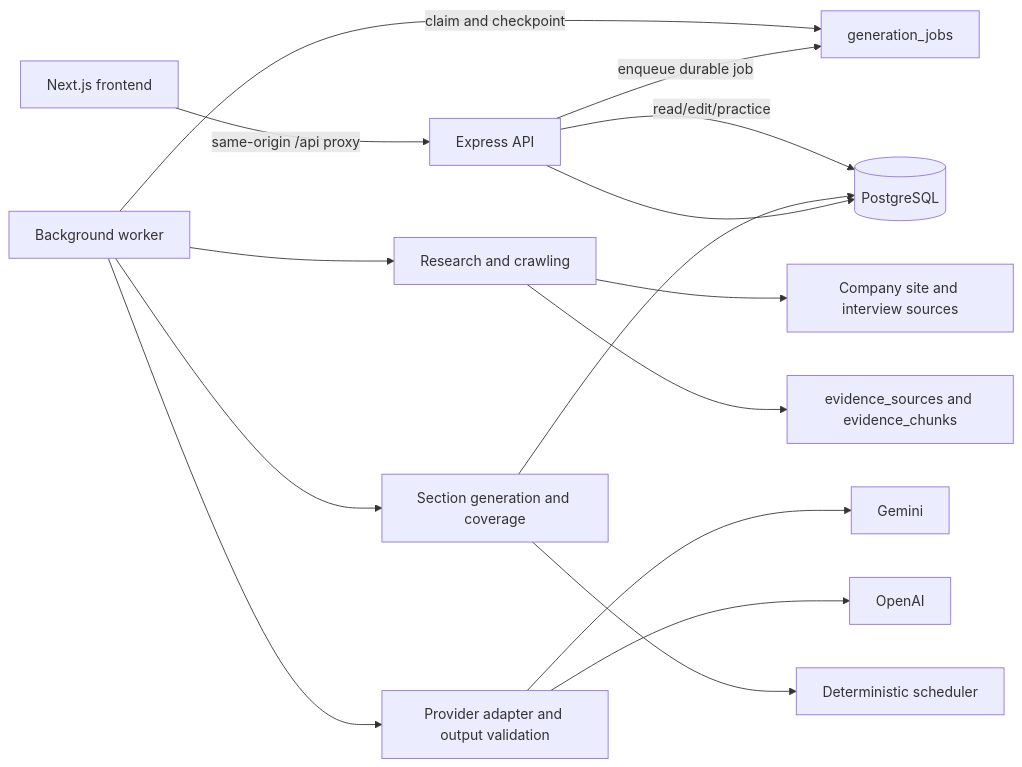
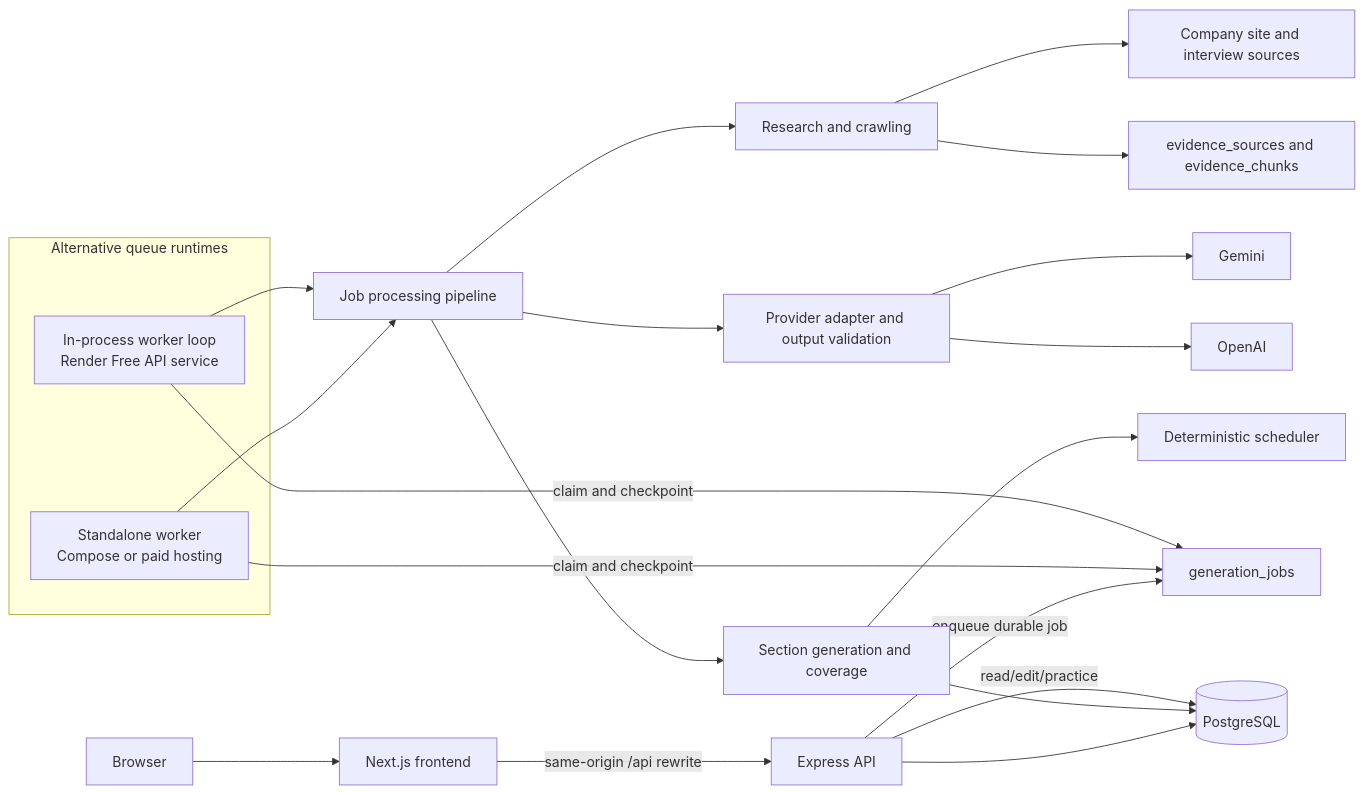
One commit to ck02029/PrepKit changed the diagram in backend/README.md. Above: the diagram before and after it, drawn with Mermaid. The commit also changed other lines of this file and 7 other files, not shown here.

````diff
--- a/backend/README.md
+++ b/backend/README.md
@@ -30,17 +30,25 @@
 ```mermaid
 flowchart LR
-  Browser[Next.js frontend] -->|same-origin /api proxy| API[Express API]
+  Browser[Browser] --> Frontend[Next.js frontend]
+  Frontend -->|same-origin /api rewrite| API[Express API]
   API --> DB[(PostgreSQL)]
   API -->|enqueue durable job| Jobs[generation_jobs]
-  Worker[Background worker] -->|claim and checkpoint| Jobs
-  Worker --> Research[Research and crawling]
+  subgraph Runtime[Alternative queue runtimes]
+    Worker[Standalone worker<br/>Compose or paid hosting]
+    CoHosted[In-process worker loop<br/>Render Free API service]
+  end
+  Worker -->|claim and checkpoint| Jobs
+  CoHosted -->|claim and checkpoint| Jobs
+  Worker --> Runner[Job processing pipeline]
+  CoHosted --> Runner
+  Runner --> Research[Research and crawling]
   Research --> Web[Company site and interview sources]
   Research --> Evidence[evidence_sources and evidence_chunks]
-  Worker --> LLM[Provider adapter and output validation]
+  Runner --> LLM[Provider adapter and output validation]
   LLM --> Gemini[Gemini]
   LLM --> OpenAI[OpenAI]
-  Worker --> Pipeline[Section generation and coverage]
+  Runner --> Pipeline[Section generation and coverage]
   Pipeline --> Scheduler[Deterministic scheduler]
   Pipeline --> DB
   API -->|read/edit/practice| DB
 ```
````
